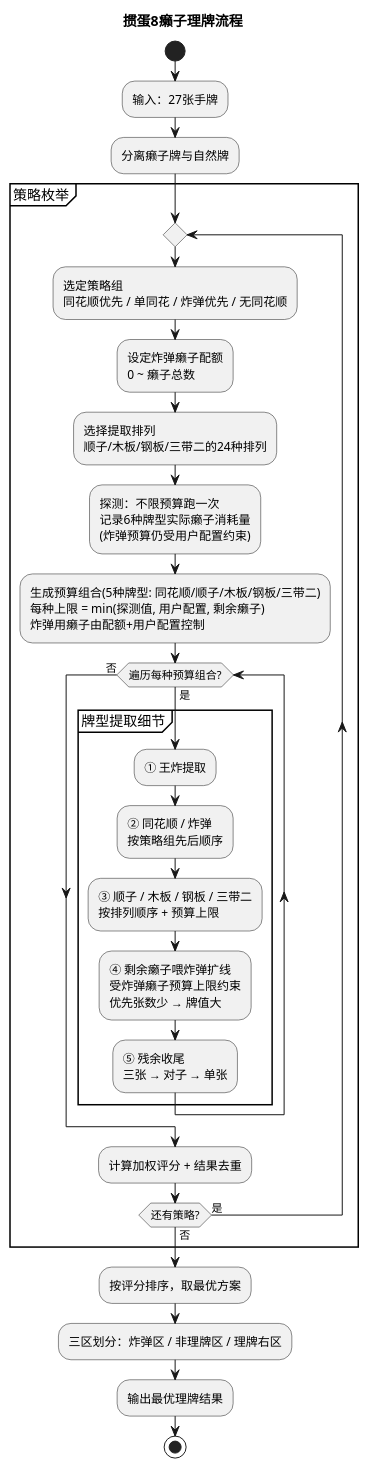
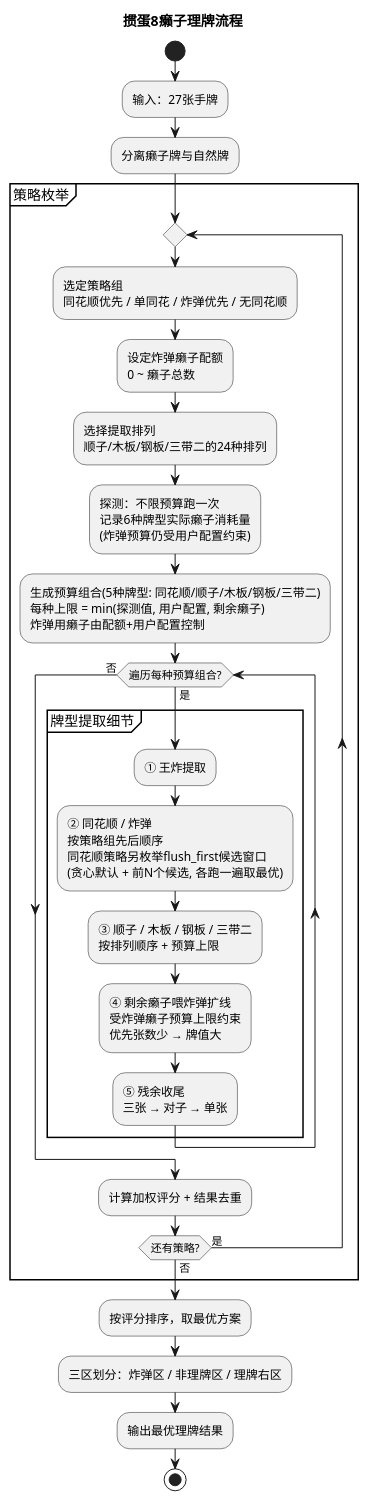
One commit to zhengshuai021-rgb/guandan8laizi changed the diagram in flow.puml. Above: the diagram before and after it, drawn with PlantUML. The commit also changed 3 other files, not shown here.

```diff
--- a/flow.puml
+++ b/flow.puml
@@ -1,32 +1,32 @@
 @startuml
 title 掼蛋8癞子理牌流程
 
 start
 :输入：27张手牌;
 :分离癞子牌与自然牌;
 
 partition "策略枚举" {
   repeat
     :选定策略组\n同花顺优先 / 单同花 / 炸弹优先 / 无同花顺;
     :设定炸弹癞子配额\n0 ~ 癞子总数;
     :选择提取排列\n顺子/木板/钢板/三带二的24种排列;
     :探测：不限预算跑一次\n记录6种牌型实际癞子消耗量\n(炸弹预算仍受用户配置约束);
     :生成预算组合(5种牌型: 同花顺/顺子/木板/钢板/三带二)\n每种上限 = min(探测值, 用户配置, 剩余癞子)\n炸弹用癞子由配额+用户配置控制;
     while (遍历每种预算组合?) is (是)
       partition "牌型提取细节" {
         :① 王炸提取;
-        :② 同花顺 / 炸弹\n按策略组先后顺序;
+        :② 同花顺 / 炸弹\n按策略组先后顺序\n同花顺策略另枚举flush_first候选窗口\n(贪心默认 + 前N个候选, 各跑一遍取最优);
         :③ 顺子 / 木板 / 钢板 / 三带二\n按排列顺序 + 预算上限;
         :④ 剩余癞子喂炸弹扩线\n受炸弹癞子预算上限约束\n优先张数少 → 牌值大;
         :⑤ 残余收尾\n三张 → 对子 → 单张;
       }
     endwhile (否)
     :计算加权评分 + 结果去重;
   repeat while (还有策略?) is (是) not (否)
 }
 
 :按评分排序，取最优方案;
 :三区划分：炸弹区 / 非理牌区 / 理牌右区;
 :输出最优理牌结果;
 stop
 @enduml
```
